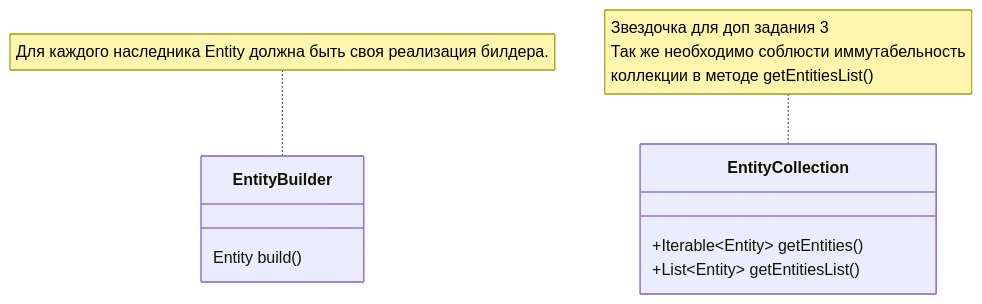
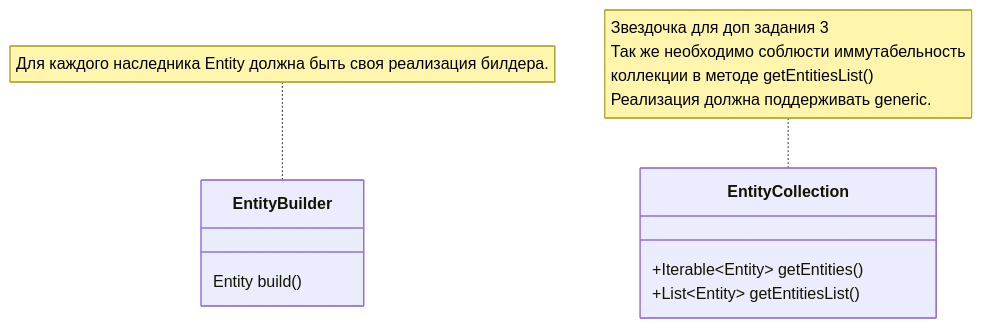
One commit to ColAshN65/FirstTeamProject changed the sixth of 7 diagrams in README.md. Above: the diagram before and after it, drawn with Mermaid. The commit also changed 1 other file, not shown here.

Commit message:
Unsaved corrections
Изменения, которые по каким-то причинам были не заффиксированы в предыдущих коммитах.

````diff
--- a/README.md
+++ b/README.md
@@ -163,19 +163,20 @@
 ```mermaid
 classDiagram
 
   note for EntityBuilder "Для каждого наследника Entity должна быть своя реализация билдера."
 
   class EntityBuilder{
     Entity build()
   }
   
   note for EntityCollection "Звездочка для доп задания 3
   Так же необходимо соблюсти иммутабельность 
-  коллекции в методе getEntitiesList()"
+  коллекции в методе getEntitiesList()
+  Реализация должна поддерживать generic."
 
   class EntityCollection{
     +Iterable~Entity~ getEntities()
     +List~Entity~ getEntitiesList()
   }
 
 ```
````
